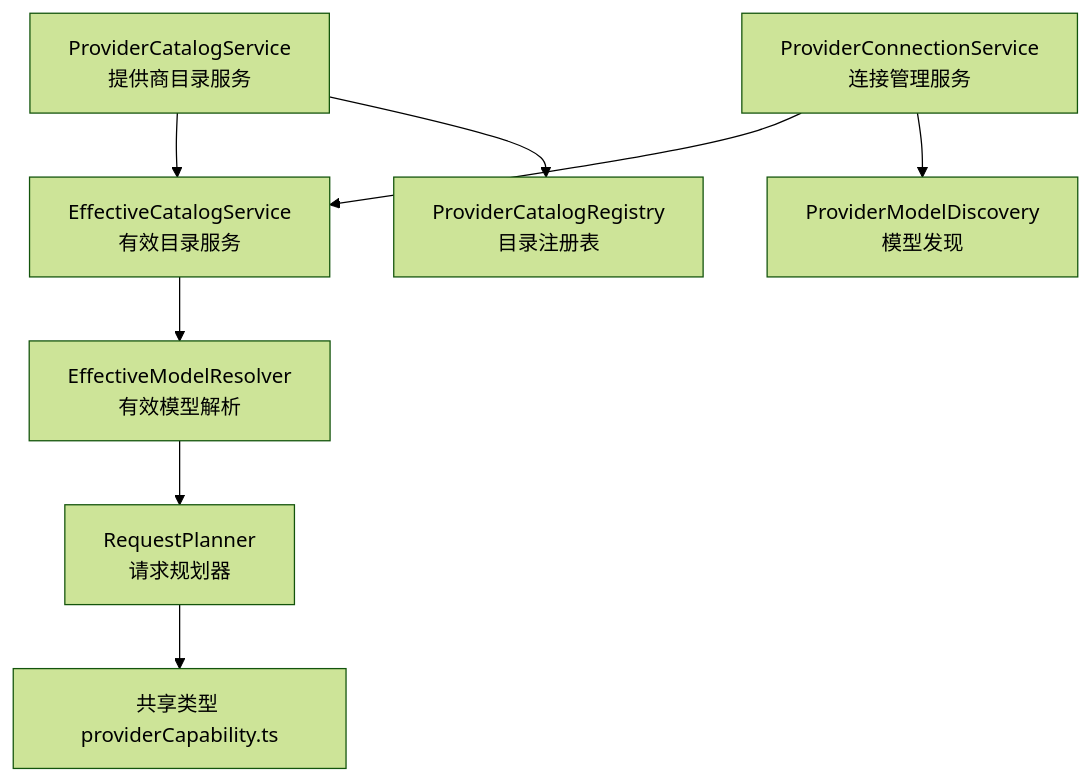
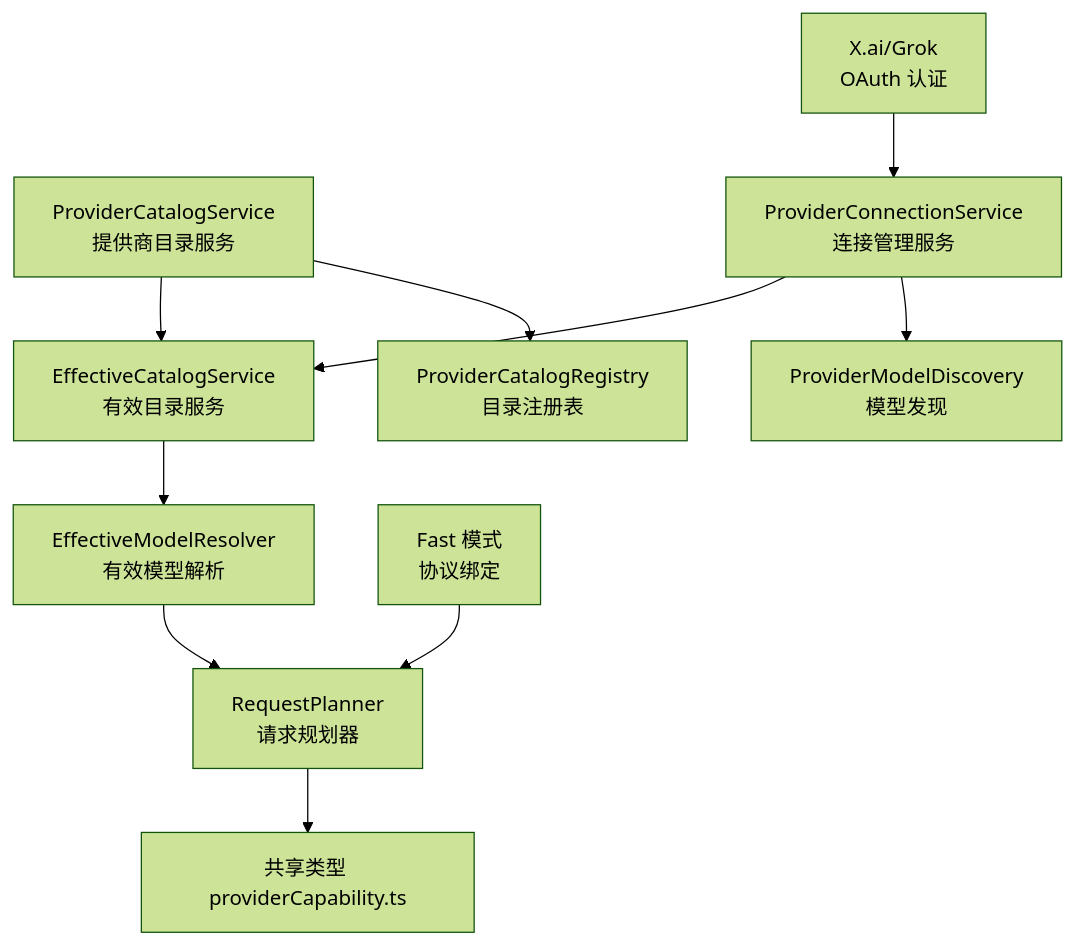
One commit to haolange/RDC-Agent changed the first of 7 diagrams in .qoder/repowiki/zh/content/核心模块/Provider 系统/Provider 系统.md. Above: the diagram before and after it, drawn with Mermaid (forest theme). The commit also changed other lines of this file and 12 other files, not shown here.

````diff
--- a/.qoder/repowiki/zh/content/核心模块/Provider 系统/Provider 系统.md
+++ b/.qoder/repowiki/zh/content/核心模块/Provider 系统/Provider 系统.md
@@ -43,10 +59,12 @@
 ```mermaid
 graph TB
 A["ProviderCatalogService<br/>提供商目录服务"] --> B["EffectiveCatalogService<br/>有效目录服务"]
 C["ProviderConnectionService<br/>连接管理服务"] --> B
 B --> D["EffectiveModelResolver<br/>有效模型解析"]
 D --> E["RequestPlanner<br/>请求规划器"]
 C --> F["ProviderModelDiscovery<br/>模型发现"]
 A --> G["ProviderCatalogRegistry<br/>目录注册表"]
 E --> H["共享类型 providerCapability.ts"]
+I["X.ai/Grok<br/>OAuth 认证"] --> C
+J["Fast 模式<br/>协议绑定"] --> E
 ```
````
